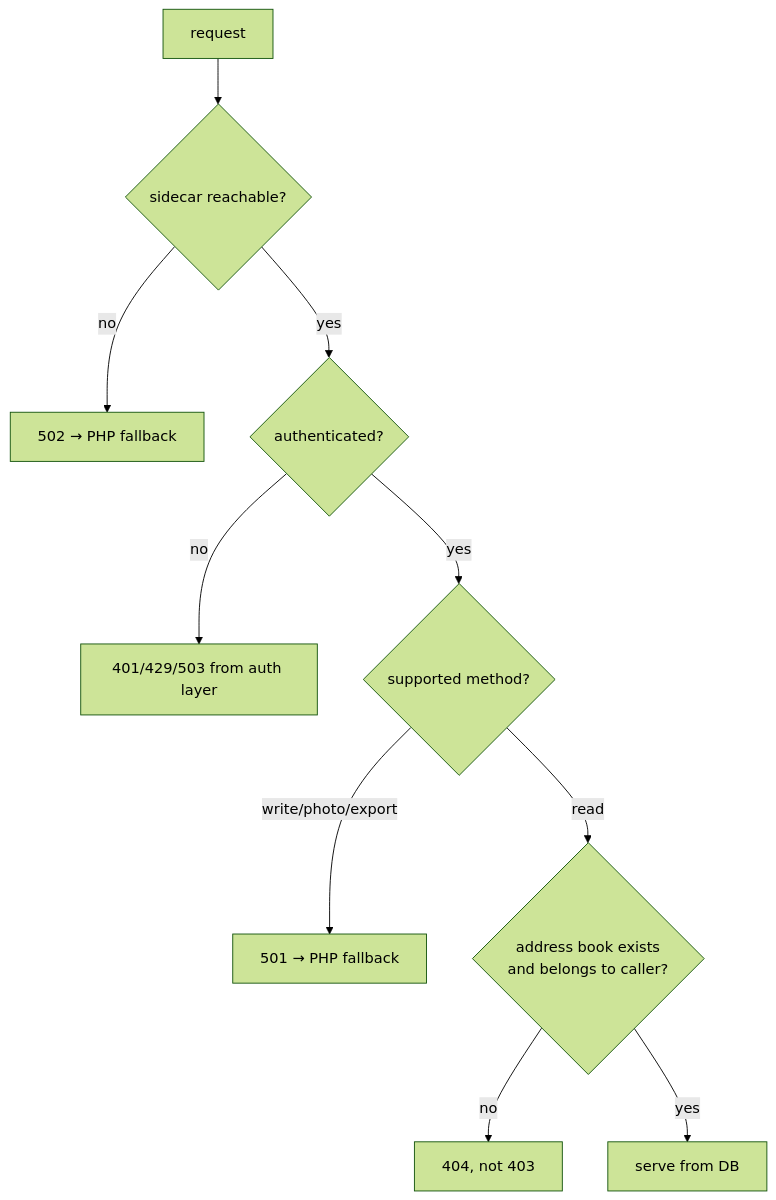
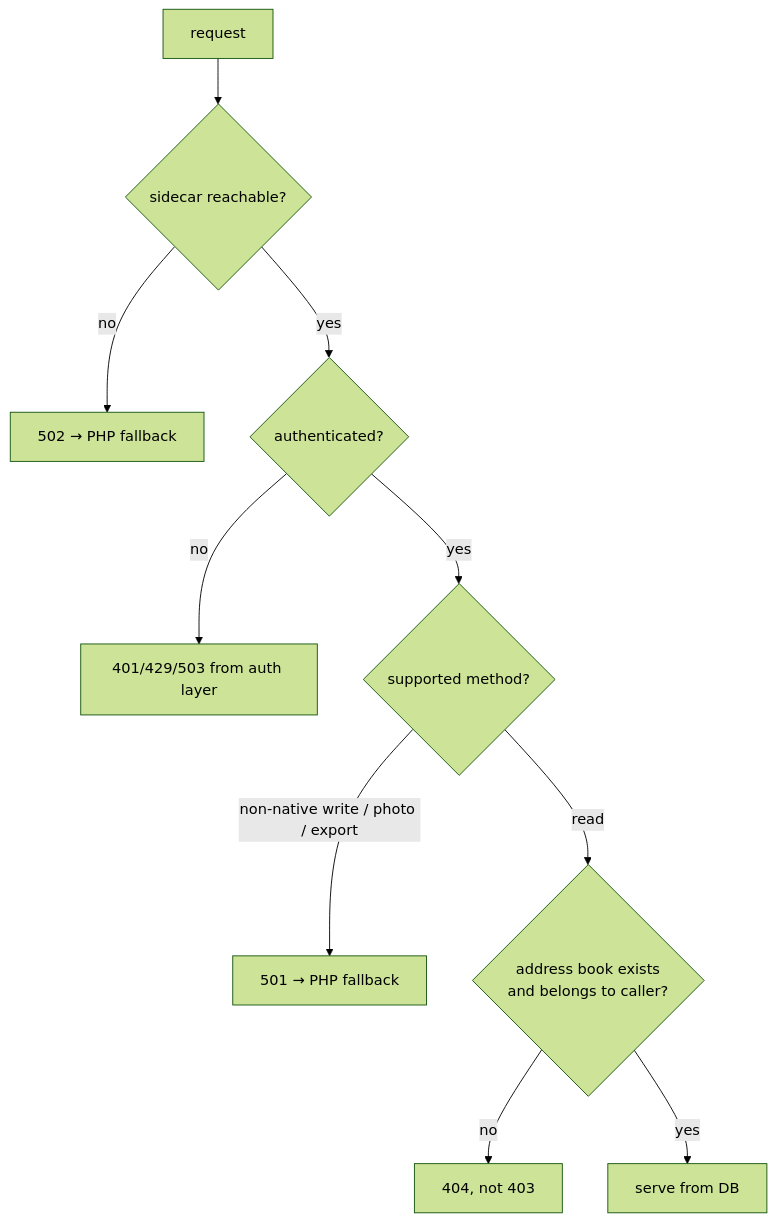
One commit to aviallon/nextcloud-dav changed diagram 12 of 12 in docs/ARCHITECTURE.md. Above: the diagram before and after it, drawn with Mermaid (forest theme). The commit also changed other lines of this file and 1 other file, not shown here.

First line of the commit message:
docs: describe the native write path, the outbox and the dispatcher

````diff
--- a/docs/ARCHITECTURE.md
+++ b/docs/ARCHITECTURE.md
@@ -415,12 +480,12 @@
 ```mermaid
 flowchart TD
   req[request] --> up{sidecar reachable?}
   up -- no --> fb[502 → PHP fallback]
   up -- yes --> auth{authenticated?}
   auth -- no --> r401[401/429/503 from auth layer]
   auth -- yes --> method{supported method?}
-  method -- write/photo/export --> r501[501 → PHP fallback]
+  method -- non-native write / photo / export --> r501[501 → PHP fallback]
   method -- read --> target{address book exists<br/>and belongs to caller?}
   target -- no --> r404[404, not 403]
   target -- yes --> ok[serve from DB]
 ```
````
